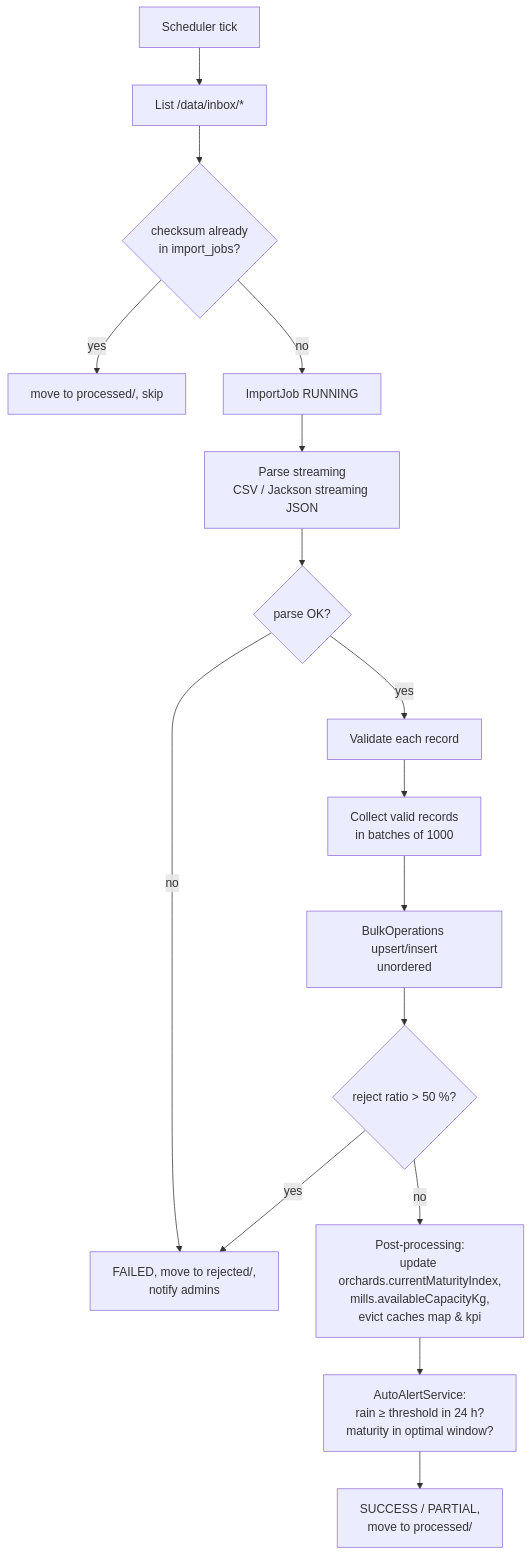
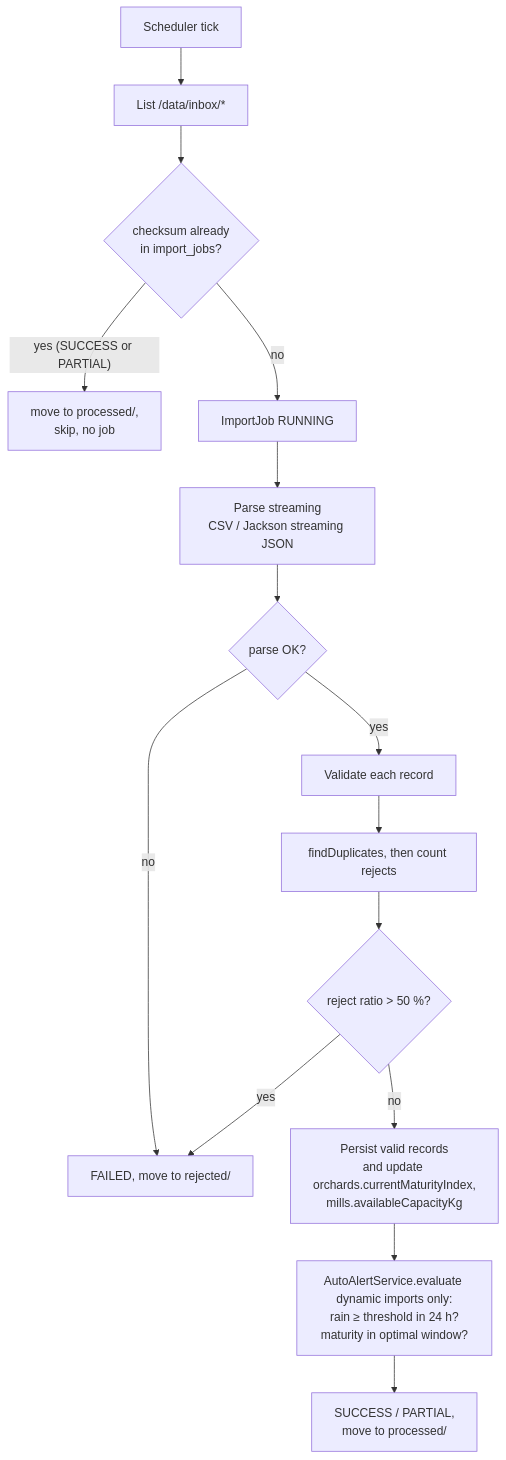
One commit to Iyed-M/olive-connect changed the second of 2 diagrams in docs/07-data-import.md. Above: the diagram before and after it, drawn with Mermaid. The commit also changed other lines of this file and 7 other files, not shown here.

````diff
--- a/docs/07-data-import.md
+++ b/docs/07-data-import.md
@@ -82,18 +103,17 @@
 ```mermaid
 flowchart TD
     A[Scheduler tick] --> B[List /data/inbox/*]
     B --> C{checksum already<br/>in import_jobs?}
-    C -- yes --> Z[move to processed/, skip]
+    C -- "yes (SUCCESS or PARTIAL)" --> Z[move to processed/,<br/>skip, no job]
     C -- no --> D[ImportJob RUNNING]
     D --> E[Parse streaming<br/>CSV / Jackson streaming JSON]
     E --> F{parse OK?}
-    F -- no --> G[FAILED, move to rejected/,<br/>notify admins]
+    F -- no --> G[FAILED, move to rejected/]
     F -- yes --> H[Validate each record]
-    H --> I[Collect valid records<br/>in batches of 1000]
-    I --> J[BulkOperations upsert/insert<br/>unordered]
-    J --> K{reject ratio > 50 %?}
+    H --> I[findDuplicates, then count rejects]
+    I --> K{reject ratio > 50 %?}
     K -- yes --> G
-    K -- no --> L[Post-processing:<br/>update orchards.currentMaturityIndex,<br/>mills.availableCapacityKg,<br/>evict caches map & kpi]
-    L --> M[AutoAlertService:<br/>rain ≥ threshold in 24 h?<br/>maturity in optimal window?]
+    K -- no --> L[Persist valid records<br/>and update orchards.currentMaturityIndex,<br/>mills.availableCapacityKg]
+    L --> M[AutoAlertService.evaluate dynamic imports only:<br/>rain ≥ threshold in 24 h?<br/>maturity in optimal window?]
     M --> N[SUCCESS / PARTIAL,<br/>move to processed/]
 ```
````
